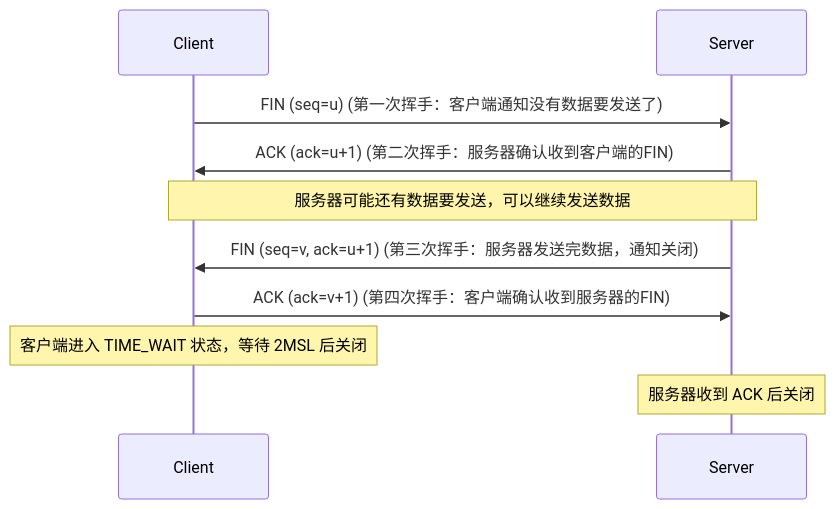
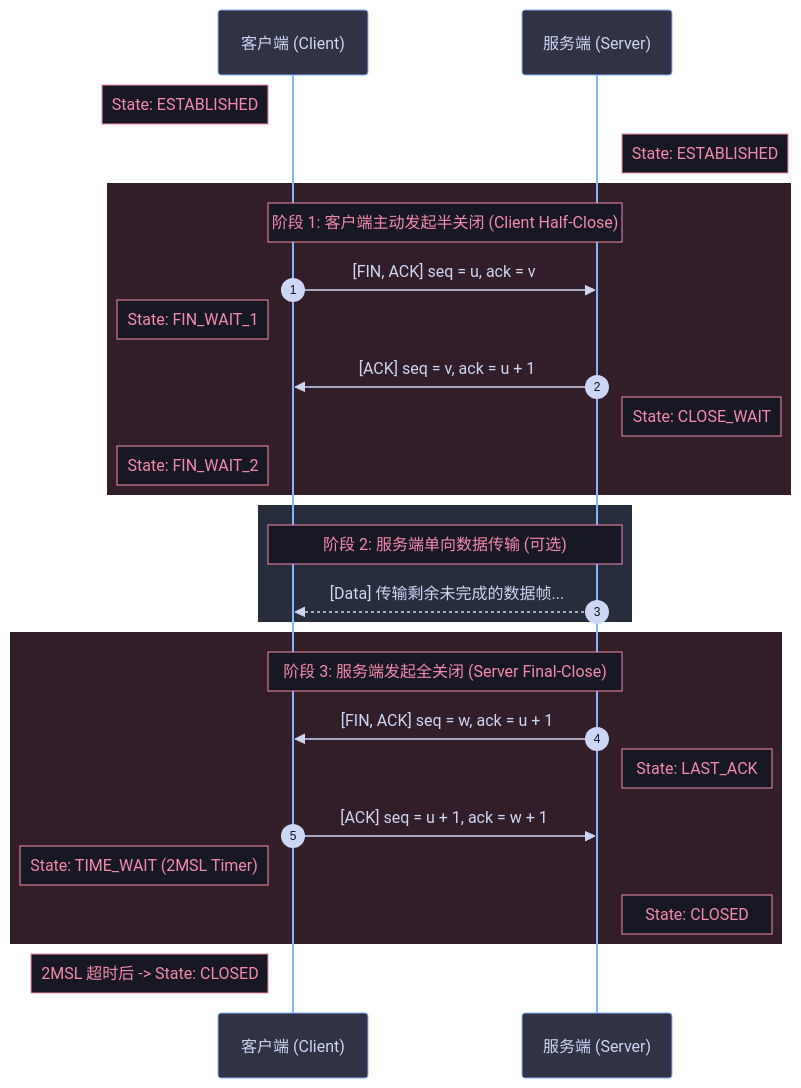
One commit to teatang/t-blog changed the second of 2 diagrams in source/_posts/2023/2023-03-10_TCP (传输控制协议) 深度详解：可靠、面向连接的字节流基石.md. Above: the diagram before and after it, drawn with Mermaid. The commit also changed other lines of this file and 3 other files, not shown here.

```diff
--- a/source/_posts/2023/2023-03-10_TCP (传输控制协议) 深度详解：可靠、面向连接的字节流基石.md
+++ b/source/_posts/2023/2023-03-10_TCP (传输控制协议) 深度详解：可靠、面向连接的字节流基石.md
@@ -314,13 +350,55 @@
 {% mermaid %}
+%%{init: {
+  'theme': 'base',
+  'themeVariables': {
+    'darkMode': true,
+    'background': '#1e1e2e',
+    'primaryColor': '#313244',
+    'primaryTextColor': '#cdd6f4',
+    'primaryBorderColor': '#89b4fa',
+    'lineColor': '#a6adc8',
+    'secondaryColor': '#181825',
+    'tertiaryColor': '#11111b',
+    'noteBkgColor': '#181825',
+    'noteTextColor': '#f38ba8',
+    'noteBorderColor': '#f38ba8',
+    'activationBorderColor': '#89b4fa',
+    'activationBkgColor': '#45475a',
+    'sequenceNumberColor': '#11111b'
+  }
+}}%%
 sequenceDiagram
-    participant Client
-    participant Server
+    autonumber
+    participant C as 客户端 (Client)
+    participant S as 服务端 (Server)
 
-    Client->>Server: FIN (seq=u) (第一次挥手：客户端通知没有数据要发送了)
-    Server->>Client: ACK (ack=u+1) (第二次挥手：服务器确认收到客户端的FIN)
-    Note over Server,Client: 服务器可能还有数据要发送，可以继续发送数据
-    Server->>Client: FIN (seq=v, ack=u+1) (第三次挥手：服务器发送完数据，通知关闭)
-    Client->>Server: ACK (ack=v+1) (第四次挥手：客户端确认收到服务器的FIN)
-    Note over Client: 客户端进入 TIME_WAIT 状态，等待 2MSL 后关闭
-    Note over Server: 服务器收到 ACK 后关闭
+    Note left of C: State: ESTABLISHED
+    Note right of S: State: ESTABLISHED
+
+    rect rgb(50, 30, 40)
+        Note over C,S: 阶段 1: 客户端主动发起半关闭 (Client Half-Close)
+        C->>S: [FIN, ACK] seq = u, ack = v
+        Note left of C: State: FIN_WAIT_1
+        
+        S->>C: [ACK] seq = v, ack = u + 1
+        Note right of S: State: CLOSE_WAIT
+        Note left of C: State: FIN_WAIT_2
+    end
+
+    rect rgb(40, 45, 60)
+        Note over C,S: 阶段 2: 服务端单向数据传输 (可选)
+        S-->>C: [Data] 传输剩余未完成的数据帧...
+    end
+
+    rect rgb(50, 30, 40)
+        Note over C,S: 阶段 3: 服务端发起全关闭 (Server Final-Close)
+        S->>C: [FIN, ACK] seq = w, ack = u + 1
+        Note right of S: State: LAST_ACK
+        
+        C->>S: [ACK] seq = u + 1, ack = w + 1
+        Note left of C: State: TIME_WAIT (2MSL Timer)
+        Note right of S: State: CLOSED
+    end
+
+    Note left of C: 2MSL 超时后 -> State: CLOSED
 {% endmermaid %}
```
